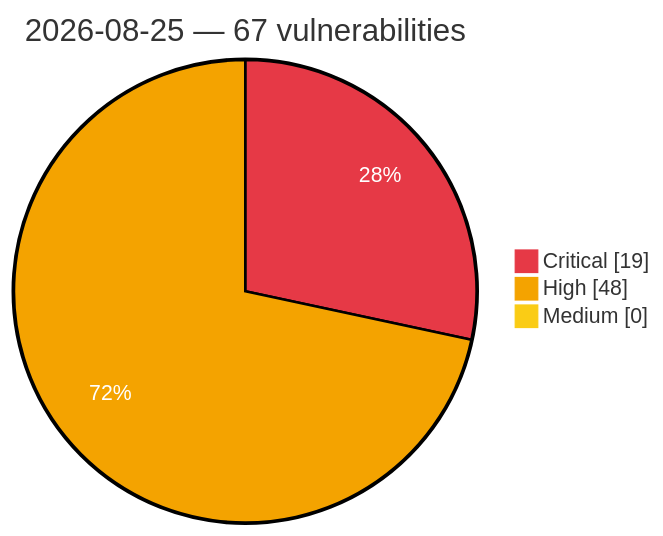
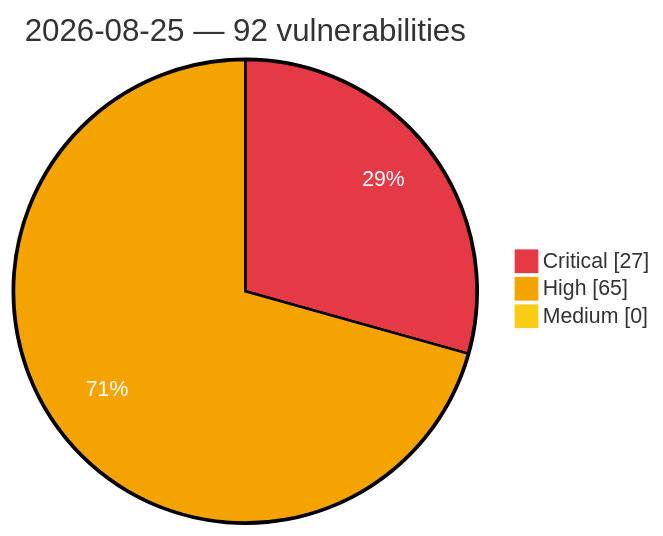
Before and after one commit to GhostX0X/vuln-tracker: the diagram in vulnerabilities/2026/August/2026-08-25.md, drawn with Mermaid. The commit also changed other lines of this file and 5 other files, not shown here.

Commit message:
Auto update: critical/high vulns (2026-08-25 16:47 UTC)

````diff
--- a/vulnerabilities/2026/August/2026-08-25.md
+++ b/vulnerabilities/2026/August/2026-08-25.md
@@ -3,8 +3,8 @@
 ```mermaid
 %%{init: {'theme':'base', 'themeVariables': {'pie1':'#e63946', 'pie2':'#f4a300', 'pie3':'#facc15', 'pieOpacity':'1', 'pieOuterStrokeWidth':'2px', 'pieSectionTextColor':'#ffffff'}}}%%
 pie showData
-    title 2026-08-25 — 67 vulnerabilities
-    "Critical" : 19
-    "High" : 48
+    title 2026-08-25 — 92 vulnerabilities
+    "Critical" : 27
+    "High" : 65
     "Medium" : 0
 ```
````
